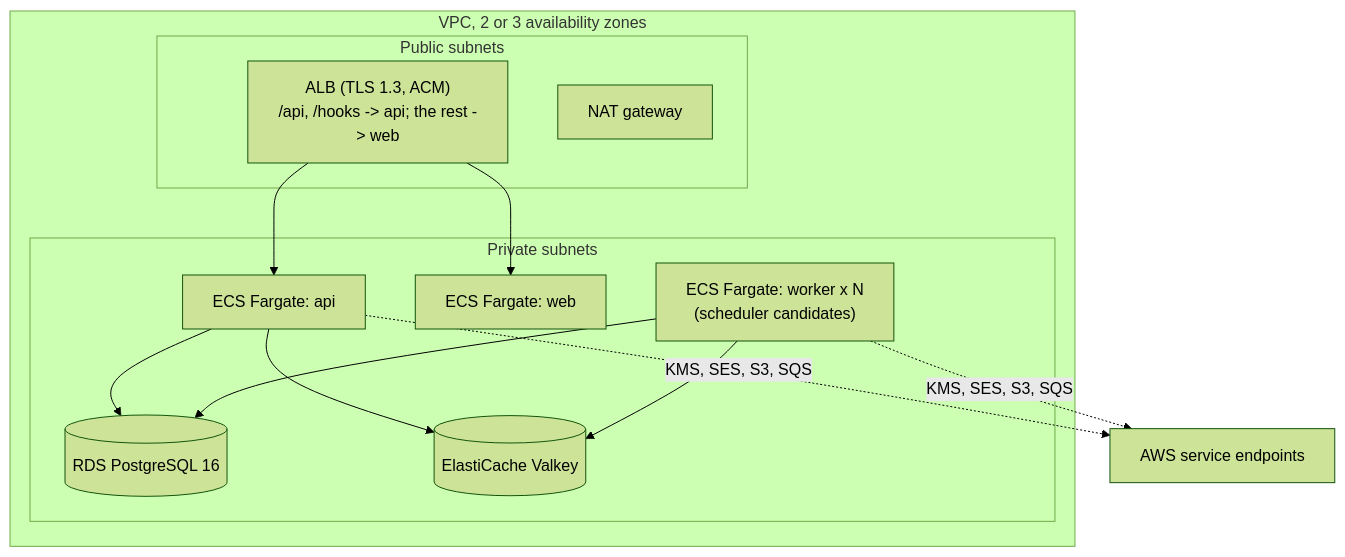
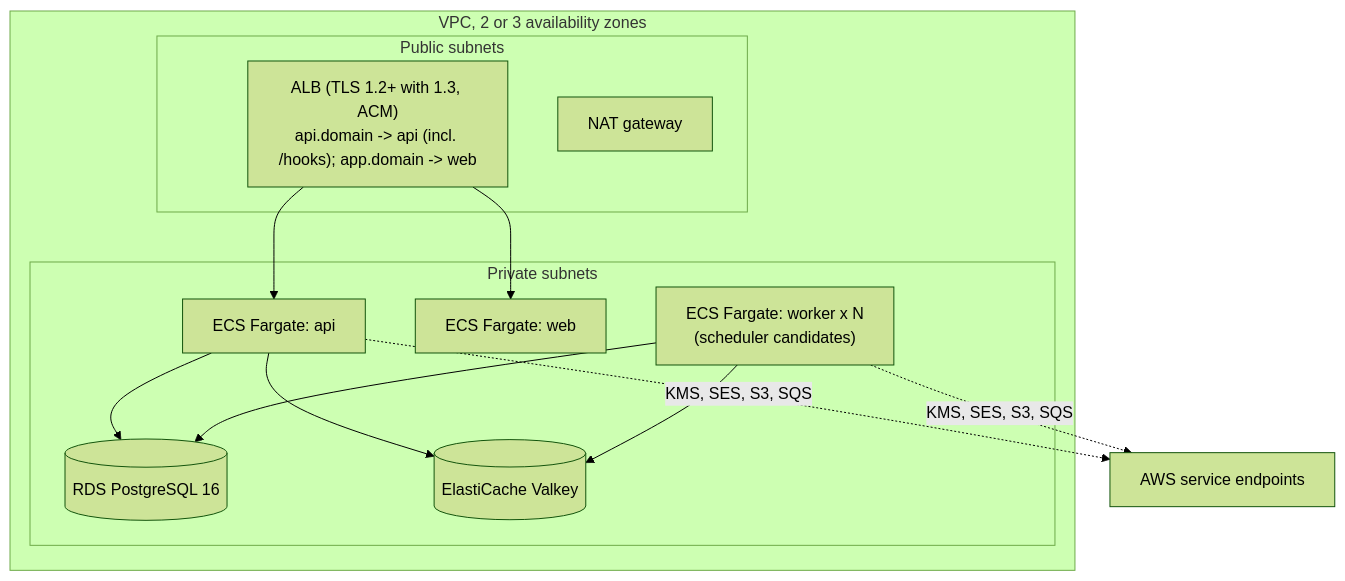
Before and after one commit to euron-sde-team/euron-workflow-engine: the sixth of 7 diagrams in docs/architecture/HLD.md, drawn with Mermaid (forest theme).

Commit message:
docs: describe host-based routing on the load balancer

````diff
--- a/docs/architecture/HLD.md
+++ b/docs/architecture/HLD.md
@@ -266,24 +266,24 @@
 ```mermaid
 flowchart TB
   subgraph vpc["VPC, 2 or 3 availability zones"]
     subgraph pub["Public subnets"]
-      alb["ALB (TLS 1.3, ACM)<br/>/api, /hooks -> api; the rest -> web"]
+      alb["ALB (TLS 1.2+ with 1.3, ACM)<br/>api.domain -> api (incl. /hooks); app.domain -> web"]
       nat["NAT gateway"]
     end
     subgraph priv["Private subnets"]
       api["ECS Fargate: api"]
       web["ECS Fargate: web"]
       wk["ECS Fargate: worker x N<br/>(scheduler candidates)"]
       rds[("RDS PostgreSQL 16")]
       ec[("ElastiCache Valkey")]
     end
   end
   alb --> api
   alb --> web
   api --> rds
   api --> ec
   wk --> rds
   wk --> ec
   api -. "KMS, SES, S3, SQS" .-> aws["AWS service endpoints"]
   wk -. "KMS, SES, S3, SQS" .-> aws
 ```
````
